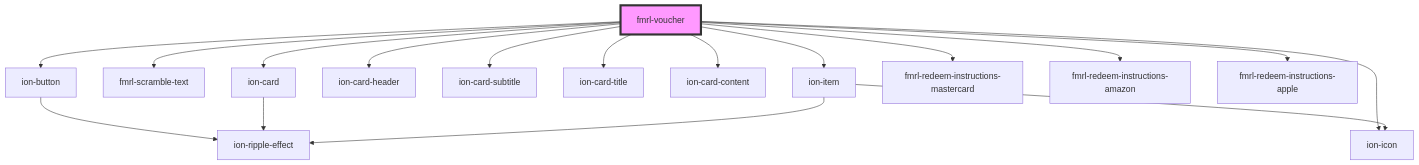
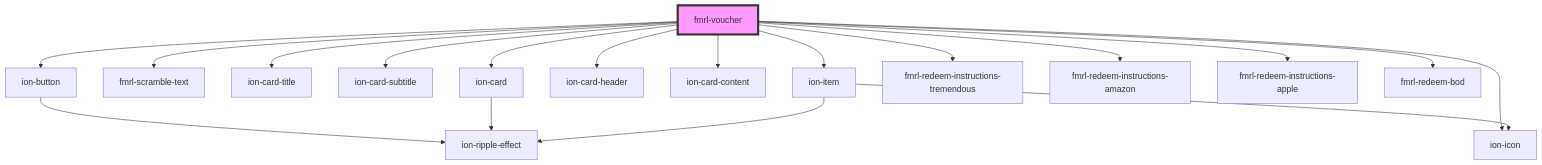
Before and after one commit to thekitchencoder/fmrl-components: the diagram in src/components/fmrl-voucher/readme.md, drawn with Mermaid. The commit also changed other lines of this file and 9 other files, not shown here.

````diff
--- a/src/components/fmrl-voucher/readme.md
+++ b/src/components/fmrl-voucher/readme.md
@@ -38,20 +40,21 @@
 ```mermaid
 graph TD;
   fmrl-voucher --> ion-button
   fmrl-voucher --> fmrl-scramble-text
+  fmrl-voucher --> ion-card-title
+  fmrl-voucher --> ion-card-subtitle
   fmrl-voucher --> ion-card
   fmrl-voucher --> ion-card-header
-  fmrl-voucher --> ion-card-subtitle
-  fmrl-voucher --> ion-card-title
   fmrl-voucher --> ion-card-content
   fmrl-voucher --> ion-item
   fmrl-voucher --> ion-icon
-  fmrl-voucher --> fmrl-redeem-instructions-mastercard
+  fmrl-voucher --> fmrl-redeem-instructions-tremendous
   fmrl-voucher --> fmrl-redeem-instructions-amazon
   fmrl-voucher --> fmrl-redeem-instructions-apple
+  fmrl-voucher --> fmrl-redeem-bod
   ion-button --> ion-ripple-effect
   ion-card --> ion-ripple-effect
   ion-item --> ion-icon
   ion-item --> ion-ripple-effect
   style fmrl-voucher fill:#f9f,stroke:#333,stroke-width:4px
 ```
````
